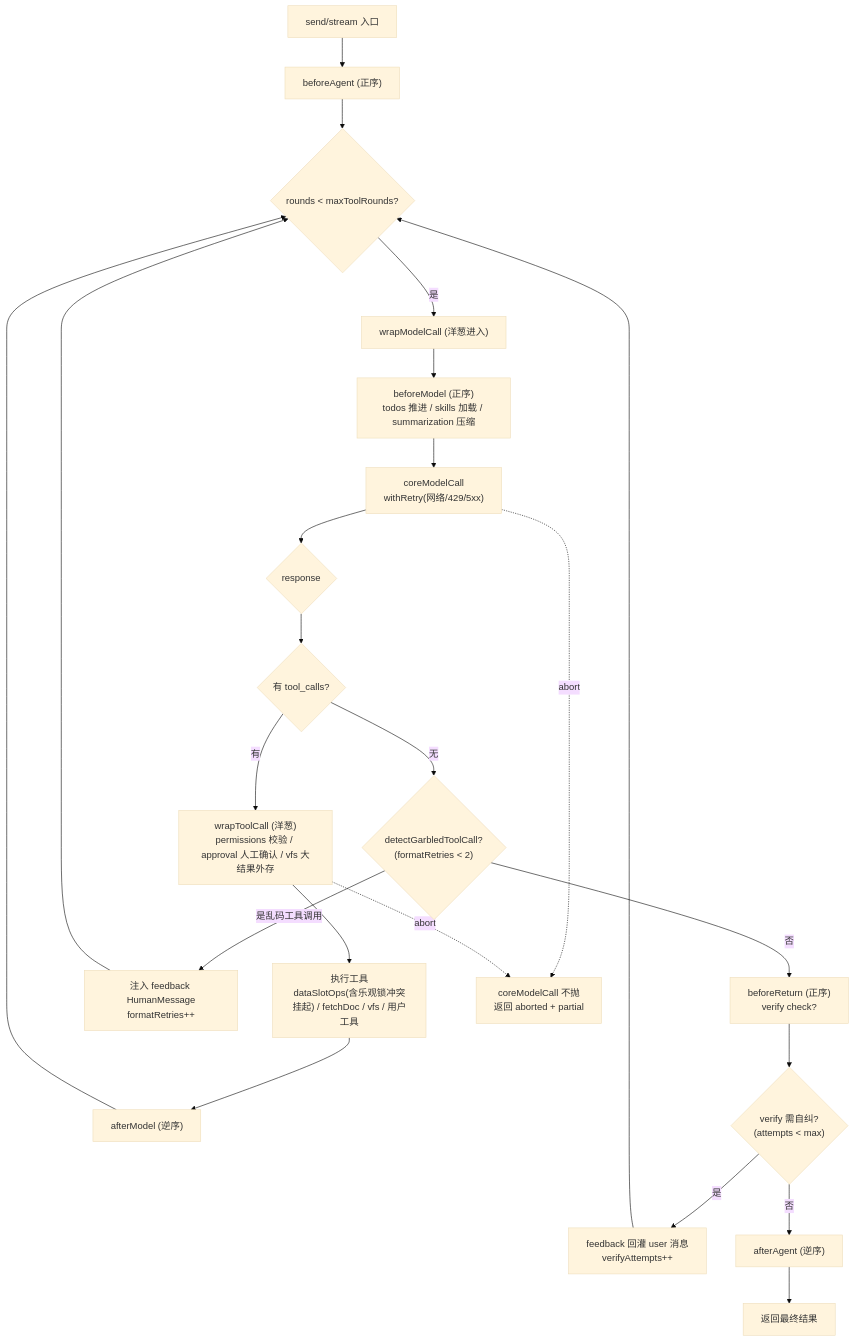
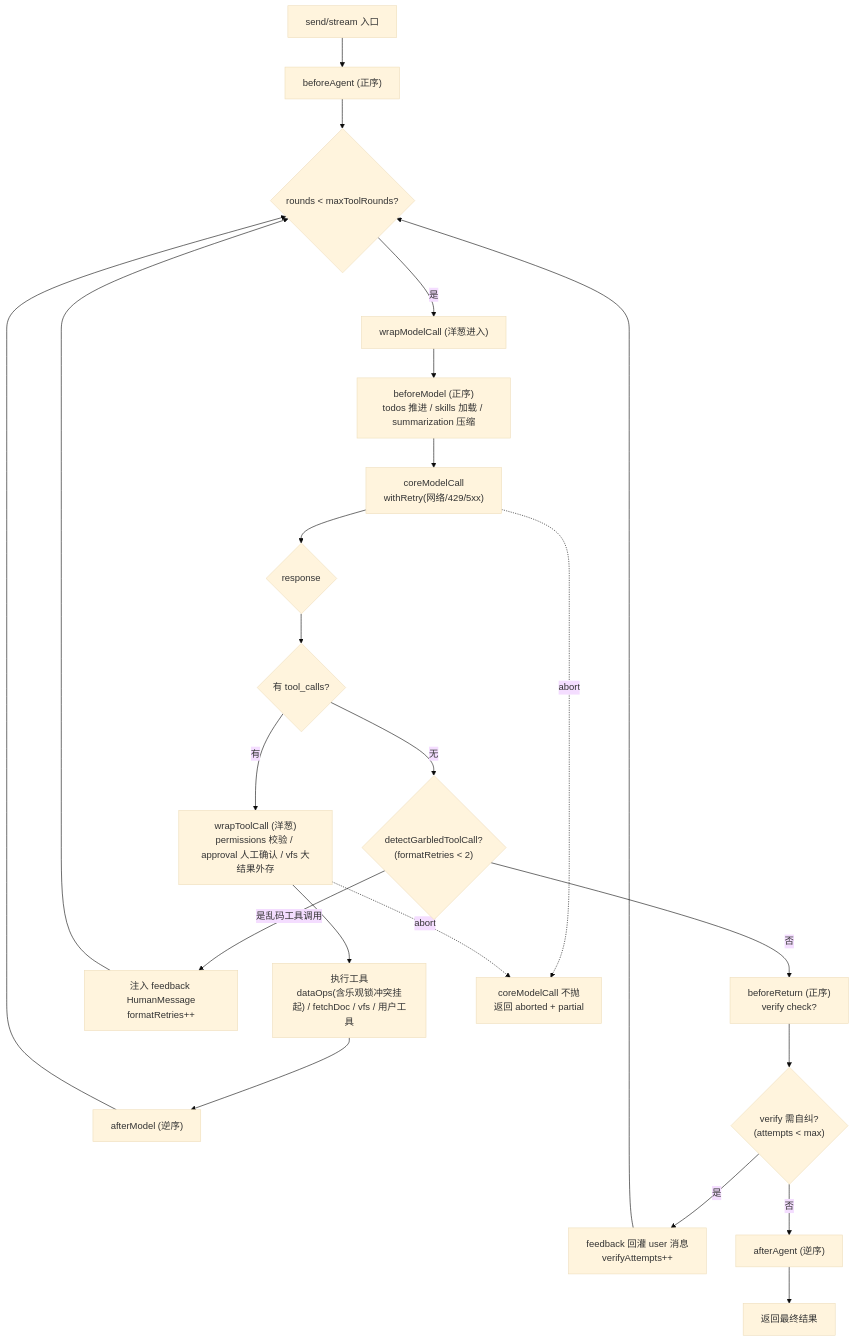
Before and after one commit to whyymj/chat-sdk: the third of 6 diagrams in doc/architecture.md, drawn with Mermaid (base theme). The commit also changed other lines of this file and 99 other files, not shown here.

````diff
--- a/doc/architecture.md
+++ b/doc/architecture.md
@@ -82,25 +82,25 @@
 ```mermaid
 flowchart TD
   S["send/stream 入口"] --> B0["beforeAgent (正序)"]
   B0 --> LOOP{"rounds < maxToolRounds?"}
   LOOP -->|是| W0["wrapModelCall (洋葱进入)"]
   W0 --> BF["beforeModel (正序)<br/>todos 推进 / skills 加载 / summarization 压缩"]
   BF --> MC["coreModelCall<br/>withRetry(网络/429/5xx)"]
   MC --> RESP{response}
   RESP --> TC{有 tool_calls?}
   TC -->|有| WT["wrapToolCall (洋葱)<br/>permissions 校验 / approval 人工确认 / vfs 大结果外存"]
-  WT --> EX["执行工具<br/>dataSlotOps(含乐观锁冲突挂起) / fetchDoc / vfs / 用户工具"]
+  WT --> EX["执行工具<br/>dataOps(含乐观锁冲突挂起) / fetchDoc / vfs / 用户工具"]
   EX --> AM["afterModel (逆序)"]
   AM --> LOOP
   TC -->|无| FG{"detectGarbledToolCall?<br/>(formatRetries < 2)"}
   FG -->|是乱码工具调用| FB["注入 feedback HumanMessage<br/>formatRetries++"]
   FB --> LOOP
   FG -->|否| BR["beforeReturn (正序)<br/>verify check?"]
   BR --> VR{"verify 需自纠?<br/>(attempts < max)"}
   VR -->|是| VF["feedback 回灌 user 消息<br/>verifyAttempts++"]
   VF --> LOOP
   VR -->|否| AR["afterAgent (逆序)"]
   AR --> RT["返回最终结果"]
   MC -.abort.-> EXA["coreModelCall 不抛<br/>返回 aborted + partial"]
   WT -.abort.-> EXA
 ```
````
